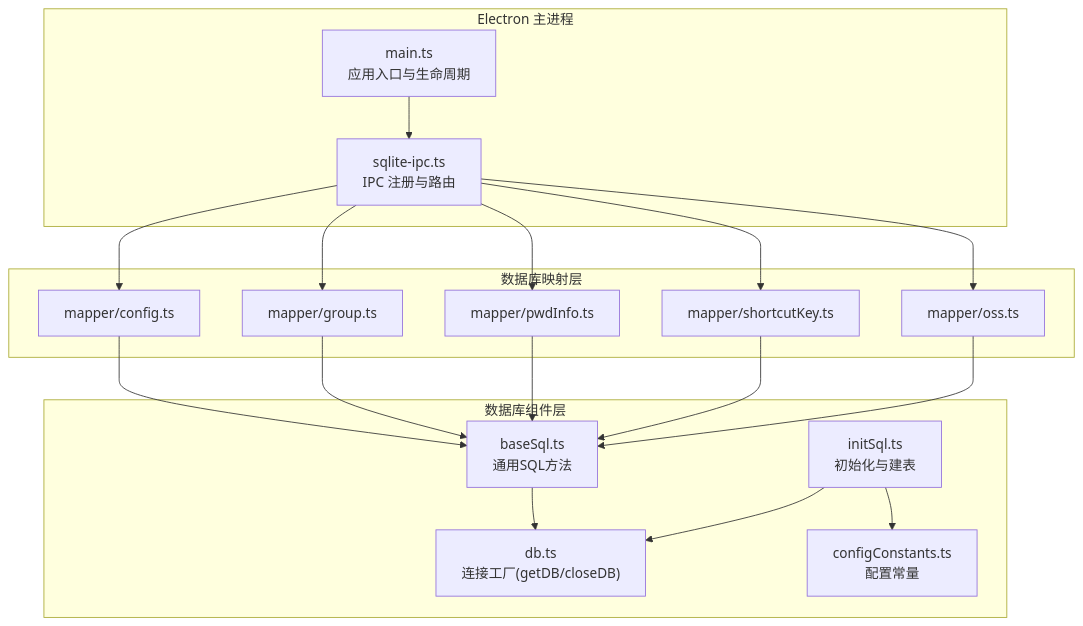
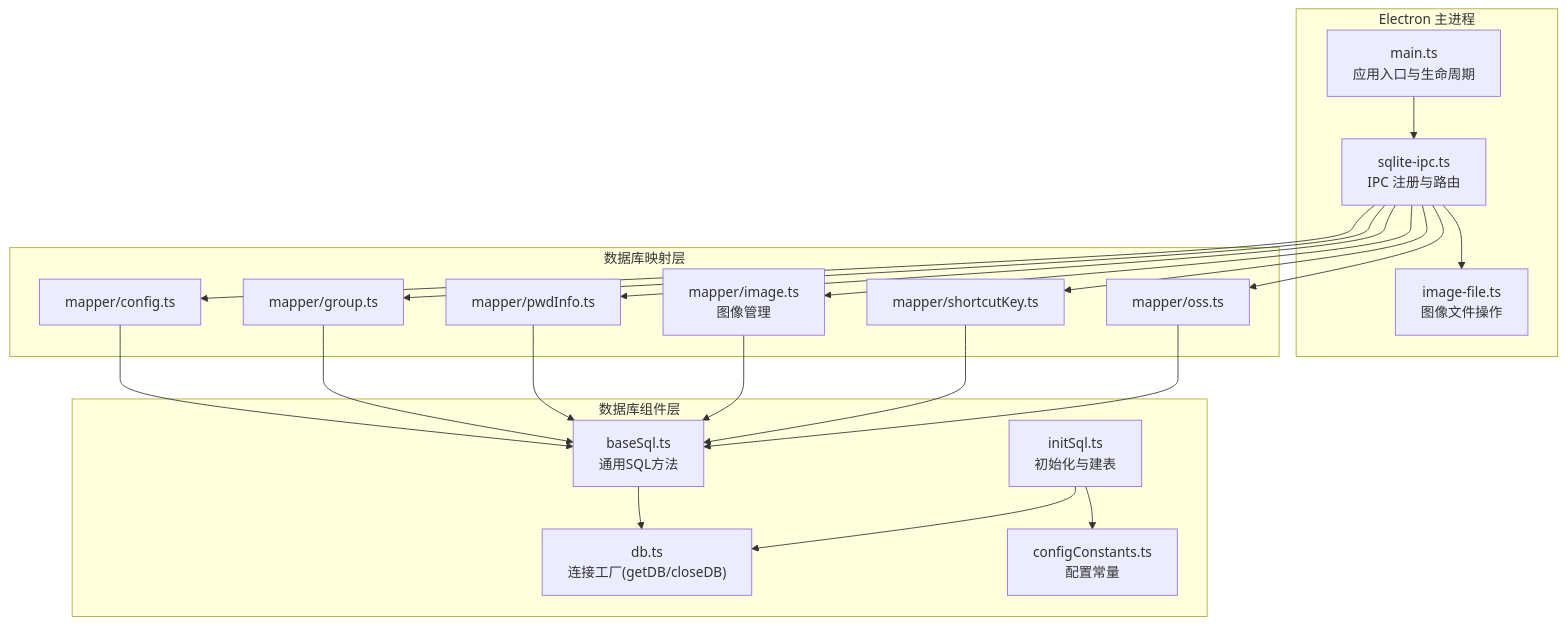
Before and after one commit to scgithub3220216/password-manager: the first of 9 diagrams in .qoder/repowiki/zh/content/数据库系统/数据库架构设计.md, drawn with Mermaid. The commit also changed other lines of this file and 23 other files, not shown here.

First line of the commit message:
feat(sync): 完善图像数据同步架构与处理逻辑

````diff
--- a/.qoder/repowiki/zh/content/数据库系统/数据库架构设计.md
+++ b/.qoder/repowiki/zh/content/数据库系统/数据库架构设计.md
@@ -47,34 +60,39 @@
 ```mermaid
 graph TB
 subgraph "Electron 主进程"
 MAIN["main.ts<br/>应用入口与生命周期"]
 IPC["sqlite-ipc.ts<br/>IPC 注册与路由"]
+IMG_FILE["image-file.ts<br/>图像文件操作"]
 end
 subgraph "数据库组件层"
 DB["db.ts<br/>连接工厂(getDB/closeDB)"]
 BASE["baseSql.ts<br/>通用SQL方法"]
 INIT["initSql.ts<br/>初始化与建表"]
 CONF["configConstants.ts<br/>配置常量"]
 end
 subgraph "数据库映射层"
 MAP_CFG["mapper/config.ts"]
 MAP_GRP["mapper/group.ts"]
 MAP_PWD["mapper/pwdInfo.ts"]
+MAP_IMG["mapper/image.ts<br/>图像管理"]
 MAP_SKT["mapper/shortcutKey.ts"]
 MAP_OSS["mapper/oss.ts"]
 end
 MAIN --> IPC
+IPC --> IMG_FILE
 IPC --> MAP_CFG
 IPC --> MAP_GRP
 IPC --> MAP_PWD
+IPC --> MAP_IMG
 IPC --> MAP_SKT
 IPC --> MAP_OSS
 MAP_CFG --> BASE
 MAP_GRP --> BASE
 MAP_PWD --> BASE
+MAP_IMG --> BASE
 MAP_SKT --> BASE
 MAP_OSS --> BASE
 BASE --> DB
 INIT --> DB
 INIT --> CONF
 ```
````
